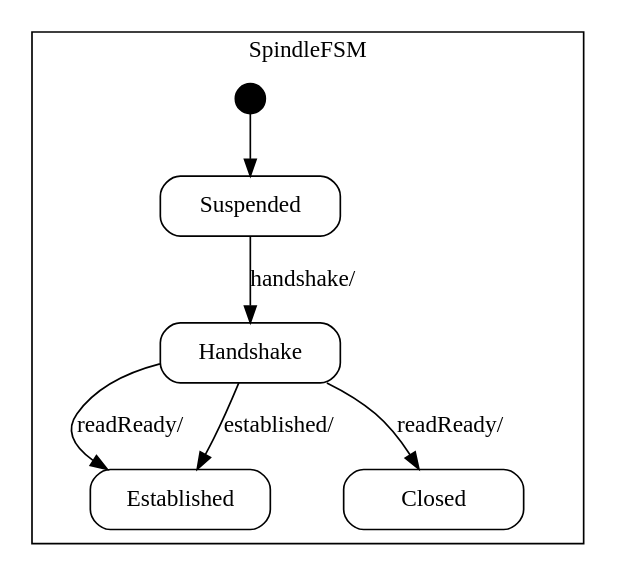
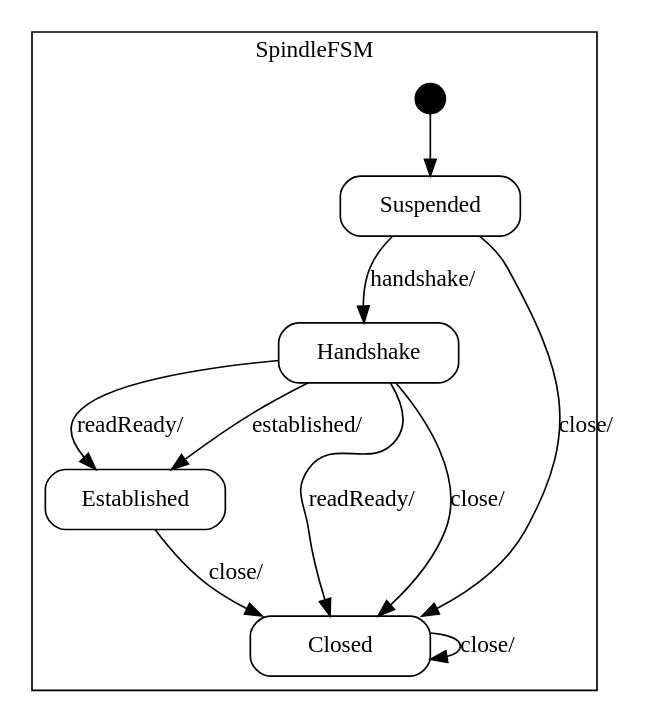
One commit to vmehra-sfdc/Ouroboros changed the diagram in spindle/doc/Spindle_sm.dot. Above: the diagram before and after it, drawn with Graphviz. The commit also changed 38 other files, not shown here.

```diff
--- a/spindle/doc/Spindle_sm.dot
+++ b/spindle/doc/Spindle_sm.dot
@@ -1,48 +1,60 @@
 digraph Spindle {
 
     node
         [shape=Mrecord width=1.5];
 
     subgraph cluster_SpindleFSM {
 
         label="SpindleFSM";
 
         //
         // States (Nodes)
         //
 
         "SpindleFSM::Suspended"
             [label="{Suspended}"];
 
         "SpindleFSM::Established"
             [label="{Established}"];
 
         "SpindleFSM::Handshake"
             [label="{Handshake}"];
 
         "SpindleFSM::Closed"
             [label="{Closed}"];
 
         "%start"
             [label="" shape=circle style=filled fillcolor=black width=0.25];
 
         //
         // Transitions (Edges)
         //
 
         "SpindleFSM::Suspended" -> "SpindleFSM::Handshake"
             [label="handshake/\l"];
 
+        "SpindleFSM::Suspended" -> "SpindleFSM::Closed"
+            [label="close/\l"];
+
+        "SpindleFSM::Established" -> "SpindleFSM::Closed"
+            [label="close/\l"];
+
         "SpindleFSM::Handshake" -> "SpindleFSM::Closed"
             [label="readReady/\l"];
 
         "SpindleFSM::Handshake" -> "SpindleFSM::Established"
             [label="readReady/\l"];
 
         "SpindleFSM::Handshake" -> "SpindleFSM::Established"
             [label="established/\l"];
 
+        "SpindleFSM::Handshake" -> "SpindleFSM::Closed"
+            [label="close/\l"];
+
+        "SpindleFSM::Closed" -> "SpindleFSM::Closed"
+            [label="close/\l"];
+
         "%start" -> "SpindleFSM::Suspended"
     }
 
 }
```
